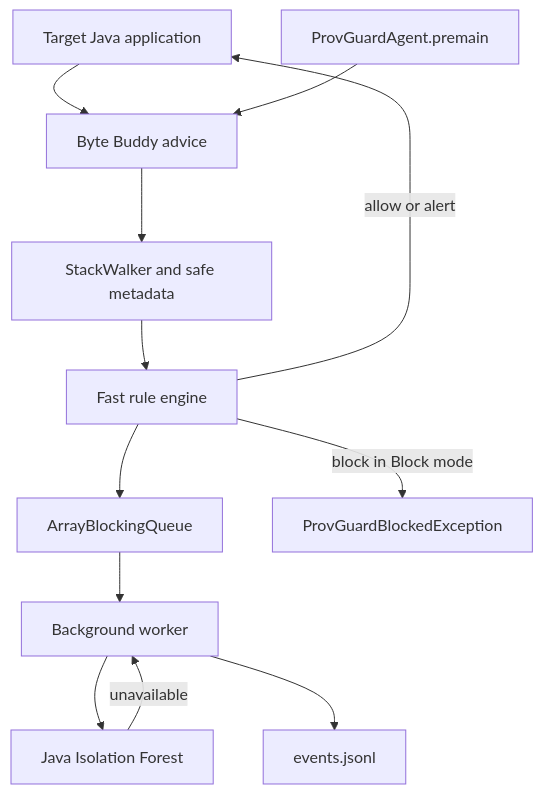
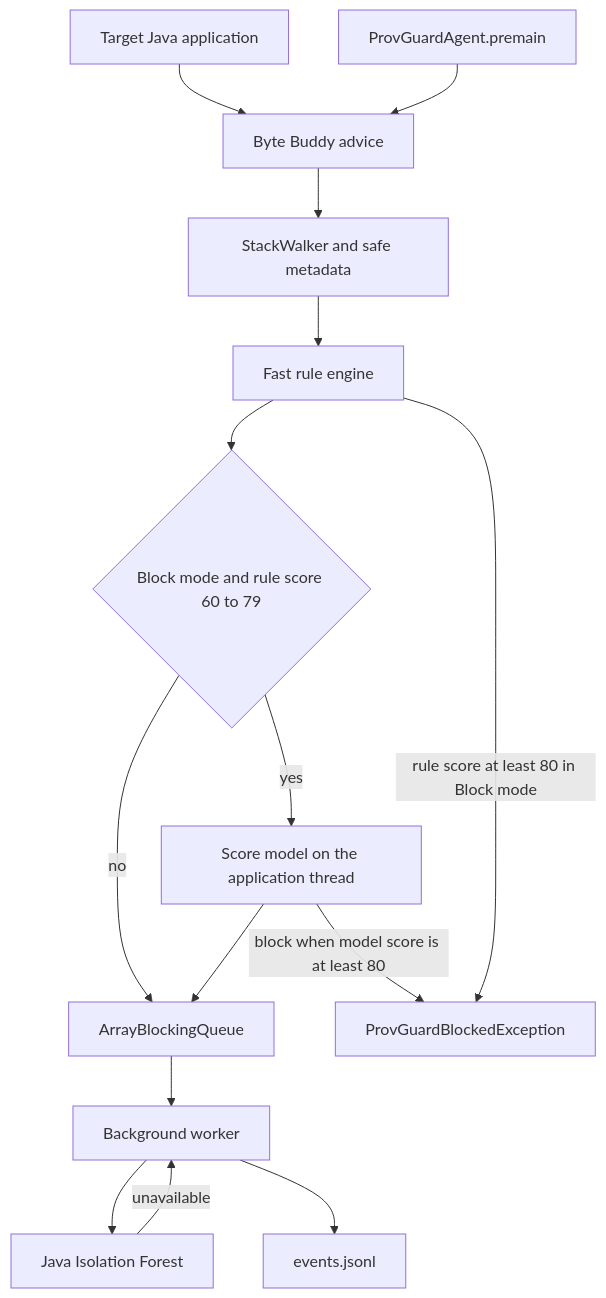
The diagram in docs/architecture.md (aasthaaa25/provguard), drawn with Mermaid before and after one commit. The commit also changed other lines of this file and 17 other files, not shown here.

First line of the commit message:
Correct ProvGuard agent defects found by running the demos.

````diff
--- a/docs/architecture.md
+++ b/docs/architecture.md
@@ -5,24 +5,29 @@
 ```mermaid
 flowchart TD
     app[Target Java application]
     agent[ProvGuardAgent.premain]
     buddy[Byte Buddy advice]
     collector[StackWalker and safe metadata]
     rules[Fast rule engine]
+    band{Block mode and rule score 60 to 79}
+    syncMl[Score model on the application thread]
     queue[ArrayBlockingQueue]
     worker[Background worker]
     ml[Java Isolation Forest]
     jsonl[events.jsonl]
 
     app --> buddy
     agent --> buddy
     buddy --> collector
     collector --> rules
-    rules -->|allow or alert| app
-    rules -->|block in Block mode| blocked[ProvGuardBlockedException]
-    rules --> queue
+    rules --> band
+    band -->|yes| syncMl
+    band -->|no| queue
+    syncMl -->|block when model score is at least 80| blocked[ProvGuardBlockedException]
+    syncMl --> queue
+    rules -->|rule score at least 80 in Block mode| blocked
     queue --> worker
     worker --> ml
     worker --> jsonl
     ml -->|unavailable| worker
 ```
````
